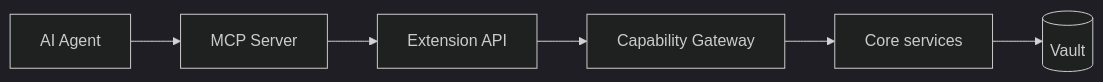
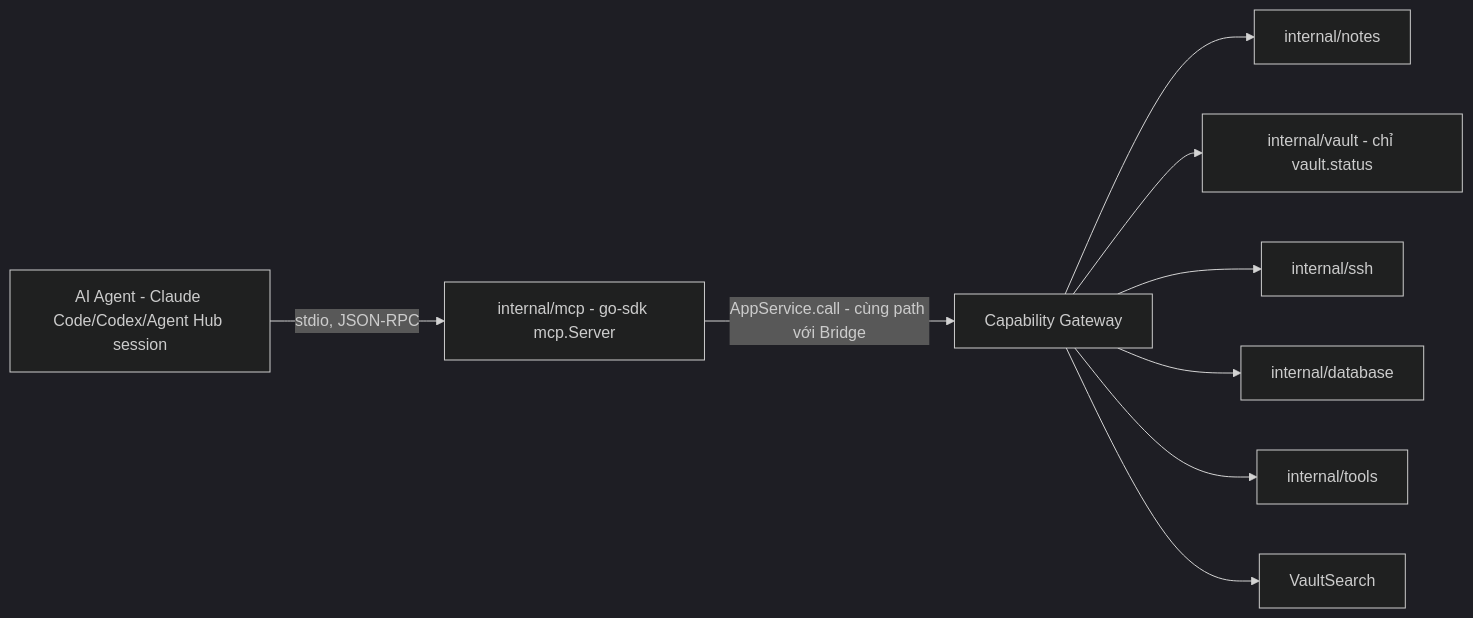
The diagram in content/projects/dev-kit/mcp-agent.mdx (syurodev/base), drawn with Mermaid (dark theme) before and after one commit. The commit also changed other lines of this file, not shown here.

First line of the commit message:
docs(dev-kit): design MCP server for DevKit built-in modules

````diff
--- a/content/projects/dev-kit/mcp-agent.mdx
+++ b/content/projects/dev-kit/mcp-agent.mdx
@@ -10,8 +16,11 @@
 ```mermaid
 flowchart LR
-  AGENT[AI Agent] --> MCP[MCP Server]
-  MCP --> EXT[Extension API]
-  EXT --> GW[Capability Gateway]
-  GW --> CORE[Core services]
-  CORE --> VAULT[(Vault)]
+  AGENT[AI Agent - Claude Code/Codex/Agent Hub session] -->|stdio, JSON-RPC| MCPSRV["internal/mcp - go-sdk mcp.Server"]
+  MCPSRV -->|AppService.call - cùng path với Bridge| GW[Capability Gateway]
+  GW --> NOTES[internal/notes]
+  GW --> VAULT[internal/vault - chỉ vault.status]
+  GW --> SSH[internal/ssh]
+  GW --> DB[internal/database]
+  GW --> TOOLS[internal/tools]
+  GW --> SEARCH[VaultSearch]
 ```
````
